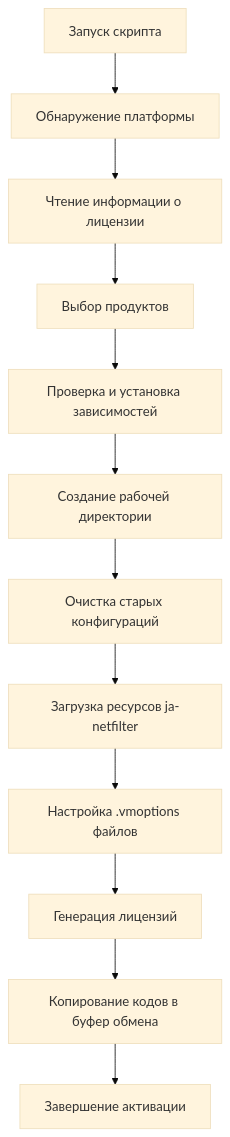
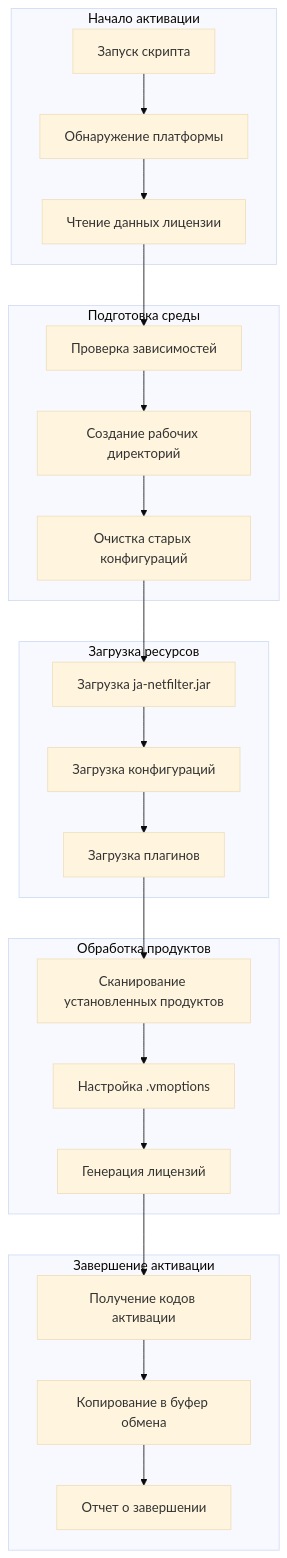
One commit to neKamita/ToolBox-Activator changed the third of 4 diagrams in README.md. Above: the diagram before and after it, drawn with Mermaid (base theme). The commit also changed other lines of this file and 2 other files, not shown here.

````diff
--- a/README.md
+++ b/README.md
@@ -178,14 +113,31 @@
 ```mermaid
-graph TD
-    A[Запуск скрипта] --> B[Обнаружение платформы]
-    B --> C[Чтение информации о лицензии]
-    C --> D[Выбор продуктов]
-    D --> E[Проверка и установка зависимостей]
-    E --> F[Создание рабочей директории]
-    F --> G[Очистка старых конфигураций]
-    G --> H[Загрузка ресурсов ja-netfilter]
-    H --> I[Настройка .vmoptions файлов]
-    I --> J[Генерация лицензий]
-    J --> K[Копирование кодов в буфер обмена]
-    K --> L[Завершение активации]
+flowchart TB
+    subgraph "Начало активации"
+        A[Запуск скрипта] --> B[Обнаружение платформы]
+        B --> C[Чтение данных лицензии]
+    end
+
+    subgraph "Подготовка среды"
+        C --> D[Проверка зависимостей]
+        D --> E[Создание рабочих директорий]
+        E --> F[Очистка старых конфигураций]
+    end
+
+    subgraph "Загрузка ресурсов"
+        F --> G[Загрузка ja-netfilter.jar]
+        G --> H[Загрузка конфигураций]
+        H --> I[Загрузка плагинов]
+    end
+
+    subgraph "Обработка продуктов"
+        I --> J[Сканирование установленных продуктов]
+        J --> K[Настройка .vmoptions]
+        K --> L[Генерация лицензий]
+    end
+
+    subgraph "Завершение активации"
+        L --> M[Получение кодов активации]
+        M --> N[Копирование в буфер обмена]
+        N --> O[Отчет о завершении]
+    end
 ```
````
